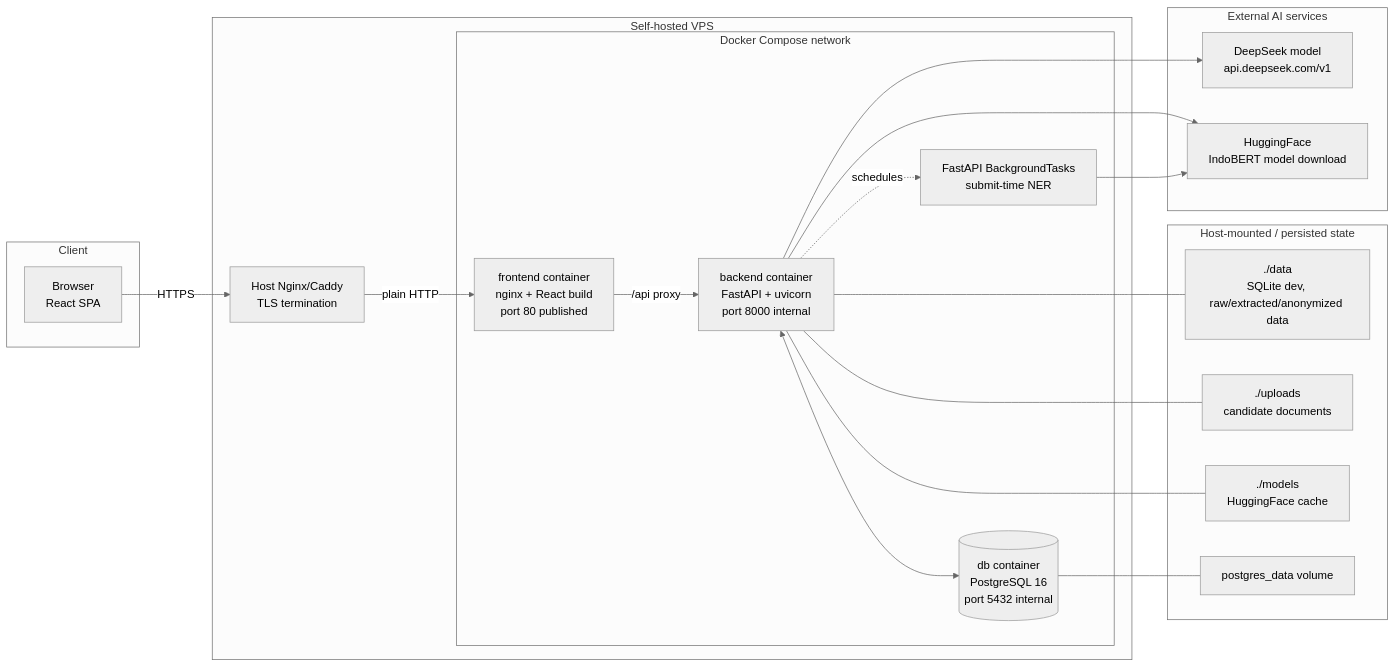
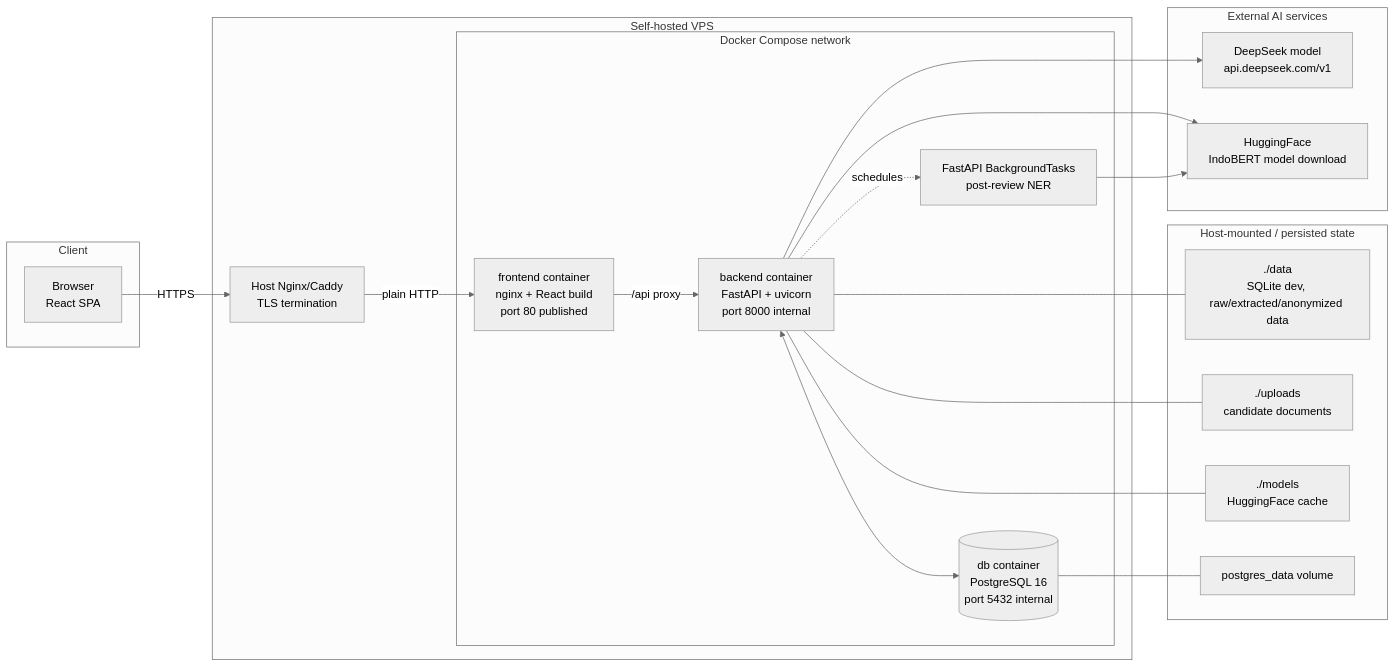
Before and after one commit to istgrudd/screenai-lab: the diagram in docs/ARCHITECTURE.md, drawn with Mermaid (neutral theme). The commit also changed other lines of this file and 11 other files, not shown here.

````diff
--- a/docs/ARCHITECTURE.md
+++ b/docs/ARCHITECTURE.md
@@ -34,44 +34,44 @@
 ```mermaid
 graph LR
     subgraph Client
         BR[Browser<br/>React SPA]
     end
 
     subgraph VPS[Self-hosted VPS]
         RP[Host Nginx/Caddy<br/>TLS termination]
 
         subgraph Docker[Docker Compose network]
             FE[frontend container<br/>nginx + React build<br/>port 80 published]
             API[backend container<br/>FastAPI + uvicorn<br/>port 8000 internal]
             DB[(db container<br/>PostgreSQL 16<br/>port 5432 internal)]
-            BG[FastAPI BackgroundTasks<br/>submit-time NER]
+            BG[FastAPI BackgroundTasks<br/>post-review NER]
 
             FE -- /api proxy --> API
             API <--> DB
             API -. schedules .-> BG
         end
 
         RP -- plain HTTP --> FE
     end
 
     subgraph HostStorage[Host-mounted / persisted state]
         DATA[./data<br/>SQLite dev, raw/extracted/anonymized data]
         UPLOADS[./uploads<br/>candidate documents]
         MODELS[./models<br/>HuggingFace cache]
         PGVOL[postgres_data volume]
     end
 
     subgraph ExternalAI[External AI services]
         DS[DeepSeek model<br/>api.deepseek.com/v1]
         HF[HuggingFace<br/>IndoBERT model download]
     end
 
     BR -- HTTPS --> RP
     API --> DS
     API --> HF
     BG --> HF
     API --- DATA
     API --- UPLOADS
     API --- MODELS
     DB --- PGVOL
 ```
````
